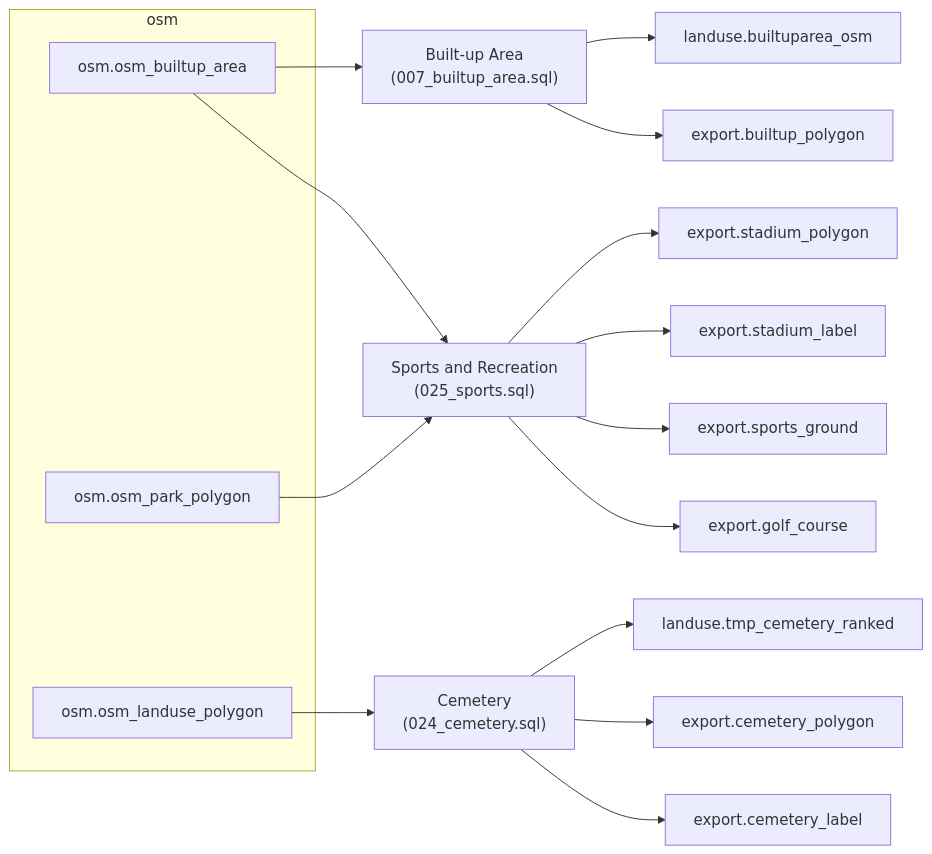
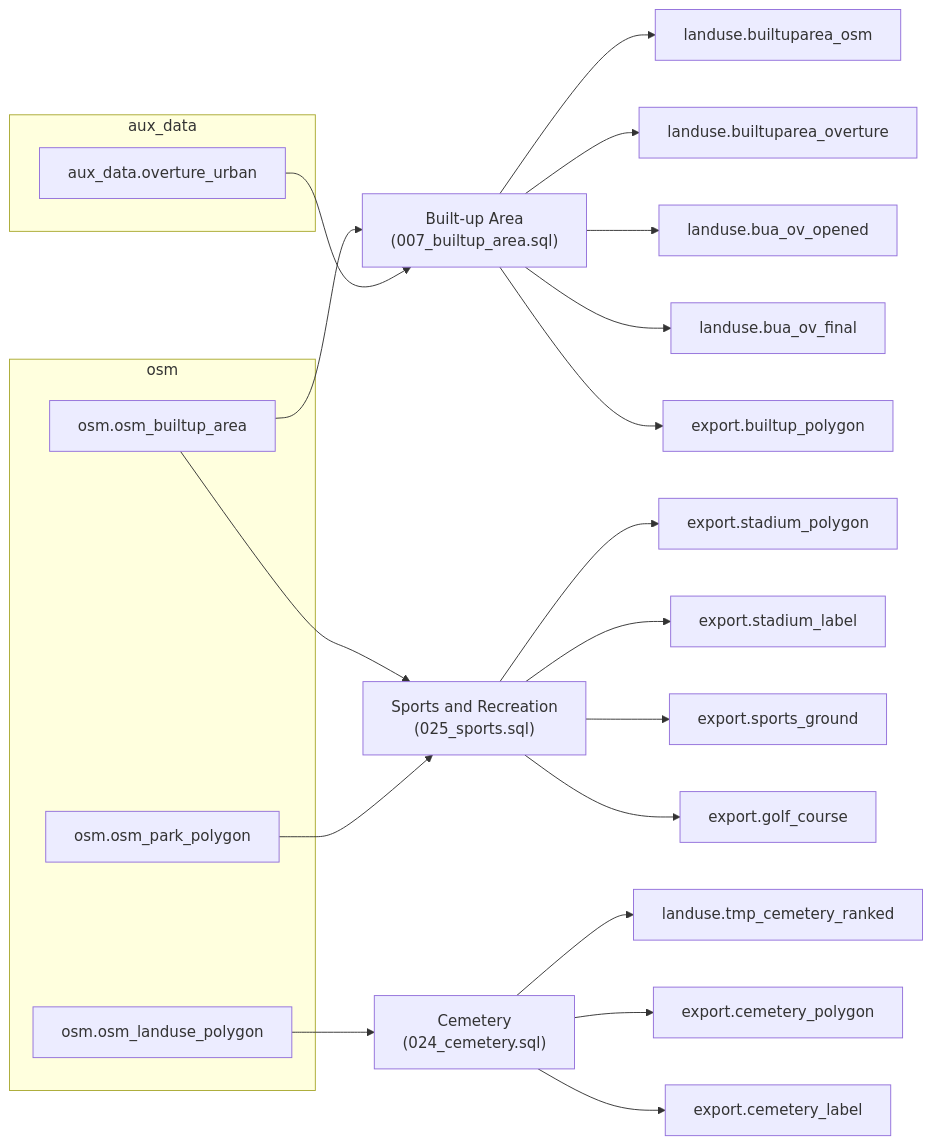
One commit to ReleasableBasemapTiles/abt changed the seventh of 10 diagrams in docs/schema/database.md. Above: the diagram before and after it, drawn with Mermaid. The commit also changed other lines of this file and 5 other files, not shown here.

First line of the commit message:
feat(schema): add generalized Overture urban areas to builtup_polygon at z4-z6

````diff
--- a/docs/schema/database.md
+++ b/docs/schema/database.md
@@ -388,33 +388,43 @@
 ```mermaid
 flowchart LR
     subgraph src_osm ["osm"]
         osm_osm_builtup_area["osm.osm_builtup_area"]
         osm_osm_landuse_polygon["osm.osm_landuse_polygon"]
         osm_osm_park_polygon["osm.osm_park_polygon"]
     end
+    subgraph src_aux ["aux_data"]
+        aux_data_overture_urban["aux_data.overture_urban"]
+    end
     script_007_builtup_area["Built-up Area<br/>(007_builtup_area.sql)"]
     osm_osm_builtup_area --> script_007_builtup_area
+    aux_data_overture_urban --> script_007_builtup_area
     inter_landuse_builtuparea_osm["landuse.builtuparea_osm"]
     script_007_builtup_area --> inter_landuse_builtuparea_osm
+    inter_landuse_builtuparea_overture["landuse.builtuparea_overture"]
+    script_007_builtup_area --> inter_landuse_builtuparea_overture
+    inter_landuse_bua_ov_opened["landuse.bua_ov_opened"]
+    script_007_builtup_area --> inter_landuse_bua_ov_opened
+    inter_landuse_bua_ov_final["landuse.bua_ov_final"]
+    script_007_builtup_area --> inter_landuse_bua_ov_final
     export_builtup_polygon["export.builtup_polygon"]
     script_007_builtup_area --> export_builtup_polygon
     script_024_cemetery["Cemetery<br/>(024_cemetery.sql)"]
     osm_osm_landuse_polygon --> script_024_cemetery
     inter_landuse_tmp_cemetery_ranked["landuse.tmp_cemetery_ranked"]
     script_024_cemetery --> inter_landuse_tmp_cemetery_ranked
     export_cemetery_polygon["export.cemetery_polygon"]
     script_024_cemetery --> export_cemetery_polygon
     export_cemetery_label["export.cemetery_label"]
     script_024_cemetery --> export_cemetery_label
     script_025_sports["Sports and Recreation<br/>(025_sports.sql)"]
     osm_osm_builtup_area --> script_025_sports
     osm_osm_park_polygon --> script_025_sports
     export_stadium_polygon["export.stadium_polygon"]
     script_025_sports --> export_stadium_polygon
     export_stadium_label["export.stadium_label"]
     script_025_sports --> export_stadium_label
     export_sports_ground["export.sports_ground"]
     script_025_sports --> export_sports_ground
     export_golf_course["export.golf_course"]
     script_025_sports --> export_golf_course
 ```
````
